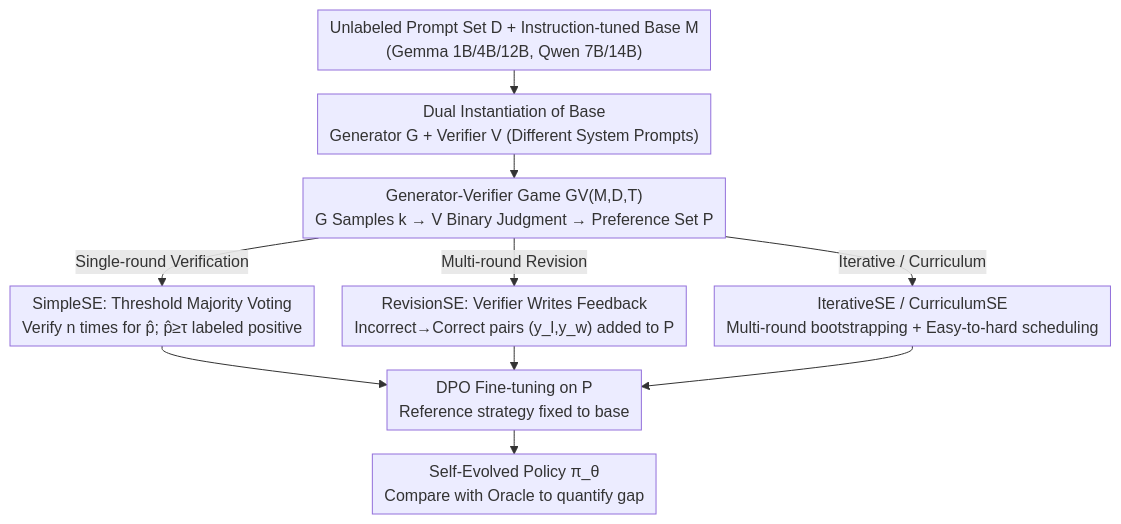
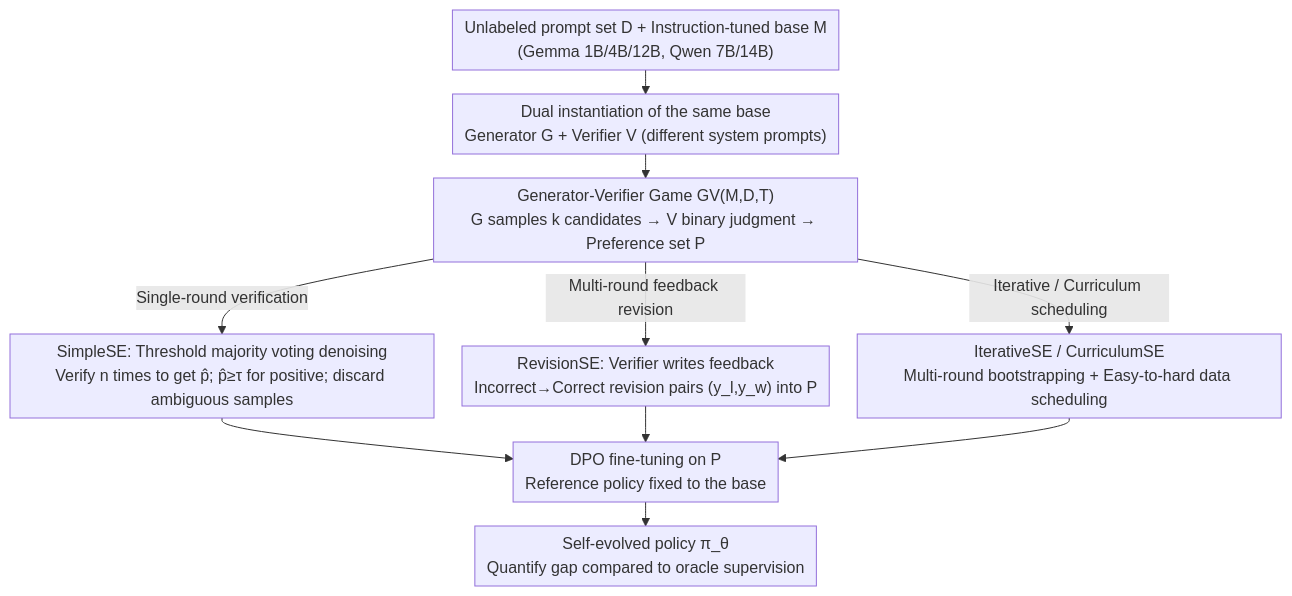
One commit to zhaoyang97/Paper-Notes-en changed the diagram in docs/ICML2026/llm_reasoning/on_the_generalization_gap_in_self-evolving_language_model_reasoning.md. Above: the diagram before and after it, drawn with Mermaid. The commit also changed other lines of this file and 5084 other files, not shown here.

````diff
--- a/docs/ICML2026/llm_reasoning/on_the_generalization_gap_in_self-evolving_language_model_reasoning.md
+++ b/docs/ICML2026/llm_reasoning/on_the_generalization_gap_in_self-evolving_language_model_reasoning.md
@@ -44,13 +44,13 @@
 ```mermaid
 %%{init: {'flowchart': {'rankSpacing': 24, 'nodeSpacing': 28, 'padding': 6, 'wrappingWidth': 400}}}%%
 flowchart TD
-    A["Unlabeled Prompt Set D + Instruction-tuned Base M<br/>(Gemma 1B/4B/12B, Qwen 7B/14B)"] --> B["Dual Instantiation of Base<br/>Generator G + Verifier V (Different System Prompts)"]
-    B --> C["Generator-Verifier Game GV(M,D,T)<br/>G Samples k → V Binary Judgment → Preference Set P"]
-    C -->|Single-round Verification| D1["SimpleSE: Threshold Majority Voting<br/>Verify n times for p̂; p̂≥τ labeled positive"]
-    C -->|Multi-round Revision| D2["RevisionSE: Verifier Writes Feedback<br/>Incorrect→Correct pairs (y_l,y_w) added to P"]
-    C -->|Iterative / Curriculum| D3["IterativeSE / CurriculumSE<br/>Multi-round bootstrapping + Easy-to-hard scheduling"]
-    D1 --> E["DPO Fine-tuning on P<br/>Reference strategy fixed to base"]
+    A["Unlabeled prompt set D + Instruction-tuned base M<br/>(Gemma 1B/4B/12B, Qwen 7B/14B)"] --> B["Dual instantiation of the same base<br/>Generator G + Verifier V (different system prompts)"]
+    B --> C["Generator-Verifier Game GV(M,D,T)<br/>G samples k candidates → V binary judgment → Preference set P"]
+    C -->|Single-round verification| D1["SimpleSE: Threshold majority voting denoising<br/>Verify n times to get p̂; p̂≥τ for positive; discard ambiguous samples"]
+    C -->|Multi-round feedback revision| D2["RevisionSE: Verifier writes feedback<br/>Incorrect→Correct revision pairs (y_l,y_w) into P"]
+    C -->|Iterative / Curriculum scheduling| D3["IterativeSE / CurriculumSE<br/>Multi-round bootstrapping + Easy-to-hard data scheduling"]
+    D1 --> E["DPO fine-tuning on P<br/>Reference policy fixed to the base"]
     D2 --> E
     D3 --> E
-    E --> F["Self-Evolved Policy π_θ<br/>Compare with Oracle to quantify gap"]
+    E --> F["Self-evolved policy π_θ<br/>Quantify gap compared to oracle supervision"]
 ```
````
